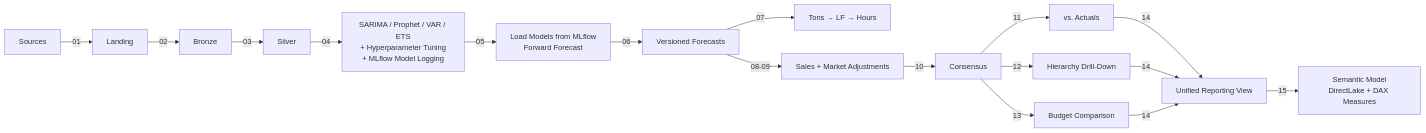
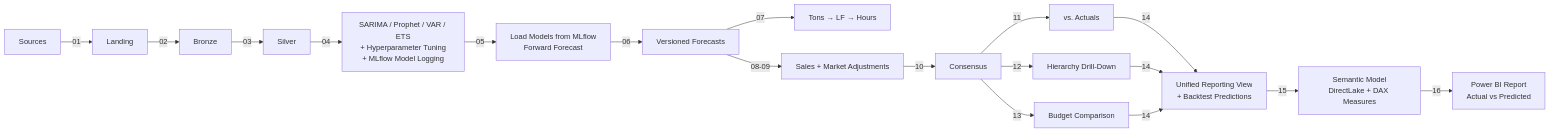
The diagram in README.md (Scientialibera/IBP-FORECAST-AGENT), drawn with Mermaid before and after one commit. The commit also changed other lines of this file and 7 other files, not shown here.

````diff
--- a/README.md
+++ b/README.md
@@ -7,15 +17,16 @@
 ```mermaid
 flowchart LR
     Sources -->|01| Landing -->|02| Bronze -->|03| Silver
     Silver -->|04| Train[SARIMA / Prophet / VAR / ETS<br/>+ Hyperparameter Tuning<br/>+ MLflow Model Logging]
     Train -->|05| Score[Load Models from MLflow<br/>Forward Forecast]
     Score -->|06| Gold[Versioned Forecasts]
     Gold -->|07| Capacity[Tons → LF → Hours]
     Gold -->|08-09| Layers[Sales + Market Adjustments]
     Layers -->|10| Consensus
     Consensus -->|11| Accuracy[vs. Actuals]
     Consensus -->|12| Rollups[Hierarchy Drill-Down]
     Consensus -->|13| Budget[Budget Comparison]
-    Accuracy & Rollups & Budget -->|14| Reporting[Unified Reporting View]
+    Accuracy & Rollups & Budget -->|14| Reporting[Unified Reporting View<br/>+ Backtest Predictions]
     Reporting -->|15| Semantic[Semantic Model<br/>DirectLake + DAX Measures]
+    Semantic -->|16| Report[Power BI Report<br/>Actual vs Predicted]
 ```
````
